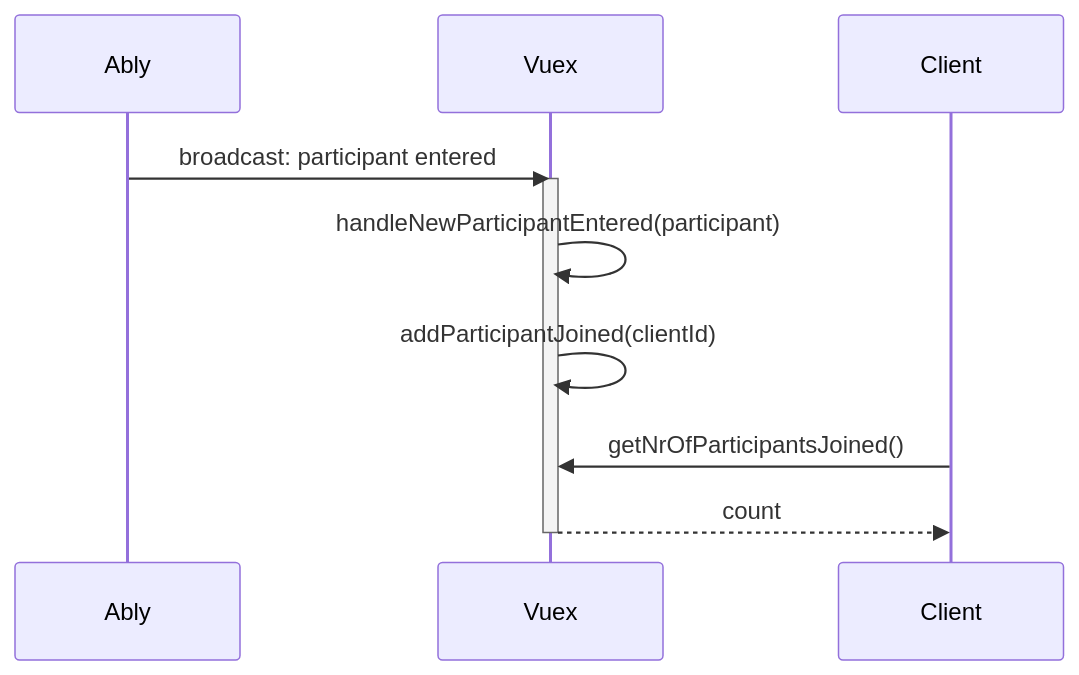
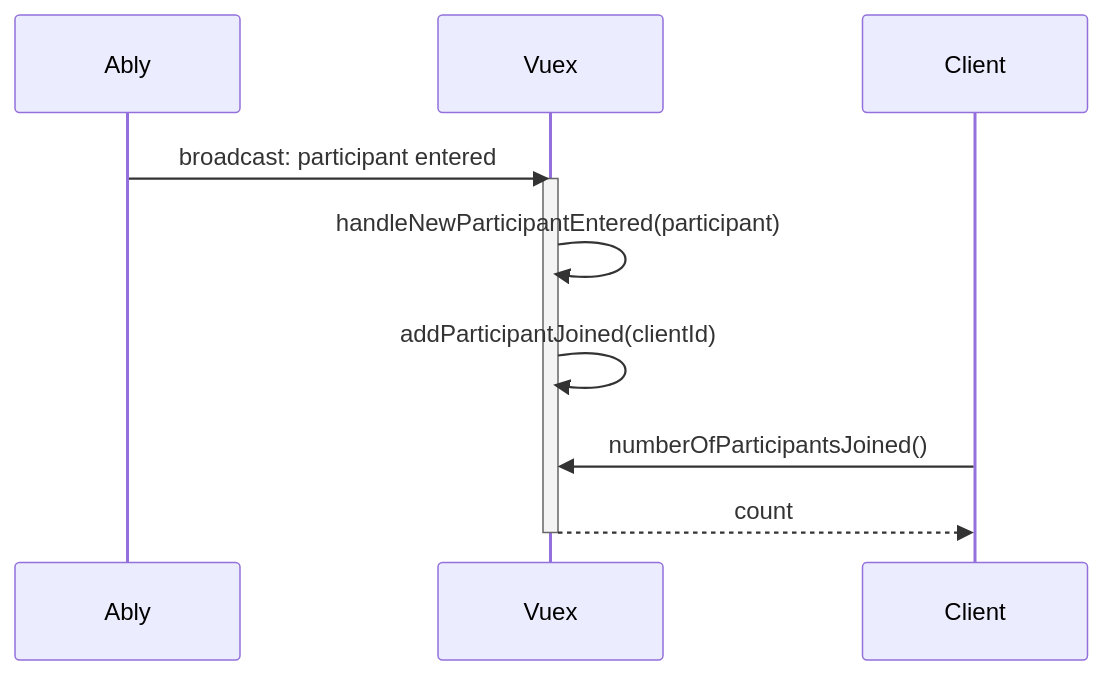
One commit to ably-labs/agile-flush-vue-app changed the diagram in diagrams/handle-newparticipant-entered.mmd. Above: the diagram before and after it, drawn with Mermaid. The commit also changed 18 other files, not shown here.

```diff
--- a/diagrams/handle-newparticipant-entered.mmd
+++ b/diagrams/handle-newparticipant-entered.mmd
@@ -1,9 +1,9 @@
 sequenceDiagram
     Ably->>Vuex: broadcast: participant entered
     activate Vuex
     Vuex->>Vuex: handleNewParticipantEntered(participant)
     Vuex->>Vuex: addParticipantJoined(clientId)
-    Client->>Vuex: getNrOfParticipantsJoined()
+    Client->>Vuex: numberOfParticipantsJoined()
     Vuex-->>Client: count
     
     deactivate Vuex
```
